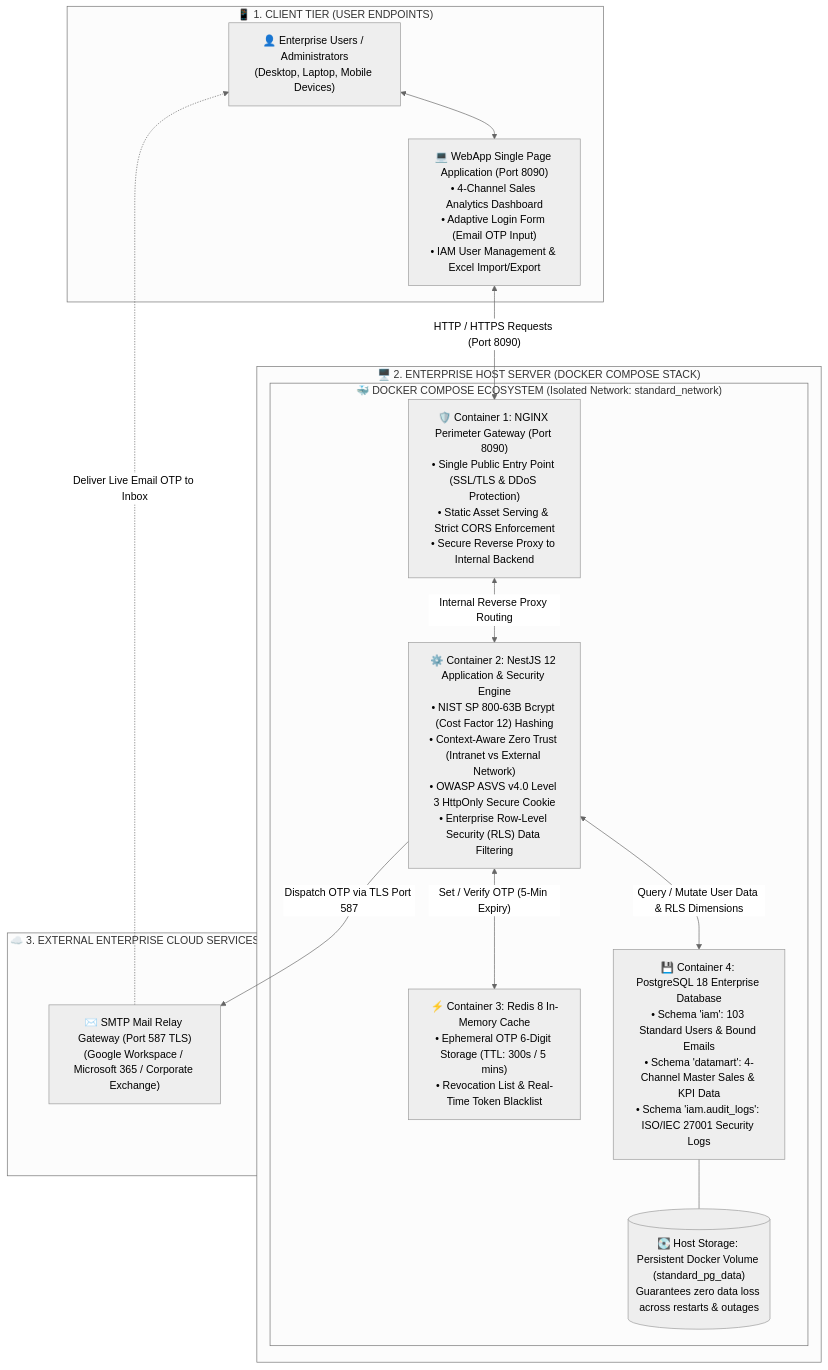
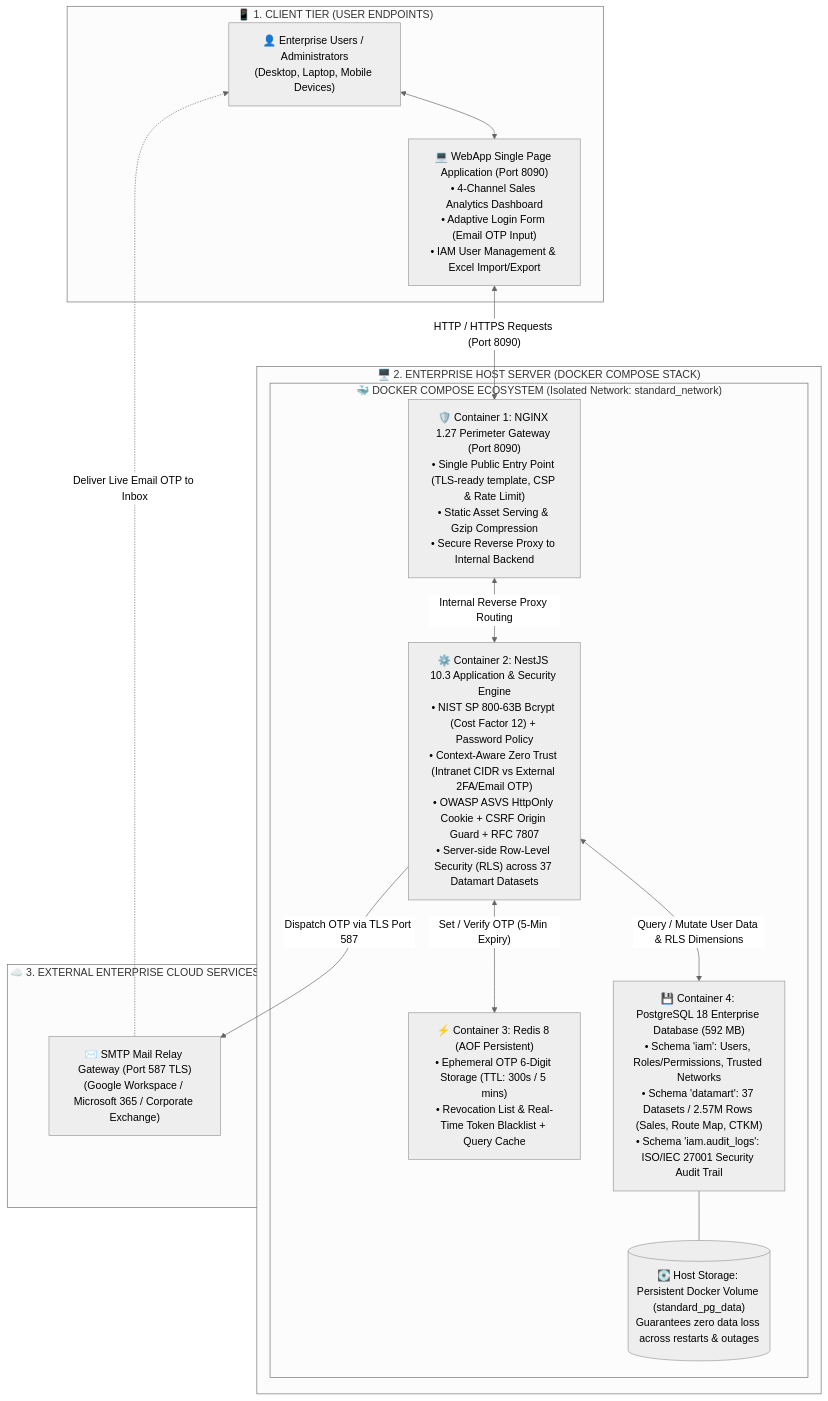
Before and after one commit to hailp1/BI_SNS: the first of 2 diagrams in docs/SECURITY_ARCHITECTURE.md, drawn with Mermaid (neutral theme). The commit also changed other lines of this file and 58 other files, not shown here.

````diff
--- a/docs/SECURITY_ARCHITECTURE.md
+++ b/docs/SECURITY_ARCHITECTURE.md
@@ -8,38 +8,38 @@
 ```mermaid
 flowchart TD
     subgraph CLIENT_ZONE["📱 1. CLIENT TIER (USER ENDPOINTS)"]
         USER["👤 Enterprise Users / Administrators<br/>(Desktop, Laptop, Mobile Devices)"]
         WEBAPP["💻 WebApp Single Page Application (Port 8090)<br/>• 4-Channel Sales Analytics Dashboard<br/>• Adaptive Login Form (Email OTP Input)<br/>• IAM User Management & Excel Import/Export"]
         USER <--> WEBAPP
     end
 
     subgraph SERVER_ZONE["🖥️ 2. ENTERPRISE HOST SERVER (DOCKER COMPOSE STACK)"]
         subgraph DOCKER_STACK["🐳 DOCKER COMPOSE ECOSYSTEM (Isolated Network: standard_network)"]
             
-            NGINX["🛡️ Container 1: NGINX Perimeter Gateway (Port 8090)<br/>• Single Public Entry Point (SSL/TLS & DDoS Protection)<br/>• Static Asset Serving & Strict CORS Enforcement<br/>• Secure Reverse Proxy to Internal Backend"]
+            NGINX["🛡️ Container 1: NGINX 1.27 Perimeter Gateway (Port 8090)<br/>• Single Public Entry Point (TLS-ready template, CSP & Rate Limit)<br/>• Static Asset Serving & Gzip Compression<br/>• Secure Reverse Proxy to Internal Backend"]
             
-            BACKEND["⚙️ Container 2: NestJS 12 Application & Security Engine<br/>• NIST SP 800-63B Bcrypt (Cost Factor 12) Hashing<br/>• Context-Aware Zero Trust (Intranet vs External Network)<br/>• OWASP ASVS v4.0 Level 3 HttpOnly Secure Cookie<br/>• Enterprise Row-Level Security (RLS) Data Filtering"]
+            BACKEND["⚙️ Container 2: NestJS 10.3 Application & Security Engine<br/>• NIST SP 800-63B Bcrypt (Cost Factor 12) + Password Policy<br/>• Context-Aware Zero Trust (Intranet CIDR vs External 2FA/Email OTP)<br/>• OWASP ASVS HttpOnly Cookie + CSRF Origin Guard + RFC 7807<br/>• Server-side Row-Level Security (RLS) across 37 Datamart Datasets"]
             
-            REDIS["⚡ Container 3: Redis 8 In-Memory Cache<br/>• Ephemeral OTP 6-Digit Storage (TTL: 300s / 5 mins)<br/>• Revocation List & Real-Time Token Blacklist"]
+            REDIS["⚡ Container 3: Redis 8 (AOF Persistent)<br/>• Ephemeral OTP 6-Digit Storage (TTL: 300s / 5 mins)<br/>• Revocation List & Real-Time Token Blacklist + Query Cache"]
             
-            POSTGRES["💾 Container 4: PostgreSQL 18 Enterprise Database<br/>• Schema 'iam': 103 Standard Users & Bound Emails<br/>• Schema 'datamart': 4-Channel Master Sales & KPI Data<br/>• Schema 'iam.audit_logs': ISO/IEC 27001 Security Logs"]
+            POSTGRES["💾 Container 4: PostgreSQL 18 Enterprise Database (592 MB)<br/>• Schema 'iam': Users, Roles/Permissions, Trusted Networks<br/>• Schema 'datamart': 37 Datasets / 2.57M Rows (Sales, Route Map, CTKM)<br/>• Schema 'iam.audit_logs': ISO/IEC 27001 Security Audit Trail"]
             
             VOLUME[("💽 Host Storage: Persistent Docker Volume (standard_pg_data)<br/>Guarantees zero data loss across restarts & outages")]
             
             POSTGRES --- VOLUME
         end
     end
 
     subgraph CLOUD_ZONE["☁️ 3. EXTERNAL ENTERPRISE CLOUD SERVICES"]
         SMTP_SERVER["✉️ SMTP Mail Relay Gateway (Port 587 TLS)<br/>(Google Workspace / Microsoft 365 / Corporate Exchange)"]
     end
 
     WEBAPP <-->|"HTTP / HTTPS Requests (Port 8090)"| NGINX
     NGINX <-->|"Internal Reverse Proxy Routing"| BACKEND
 
     BACKEND <-->|"Set / Verify OTP (5-Min Expiry)"| REDIS
     BACKEND <-->|"Query / Mutate User Data & RLS Dimensions"| POSTGRES
 
     BACKEND -->|"Dispatch OTP via TLS Port 587"| SMTP_SERVER
     SMTP_SERVER -.->|"Deliver Live Email OTP to Inbox"| USER
 ```
````
